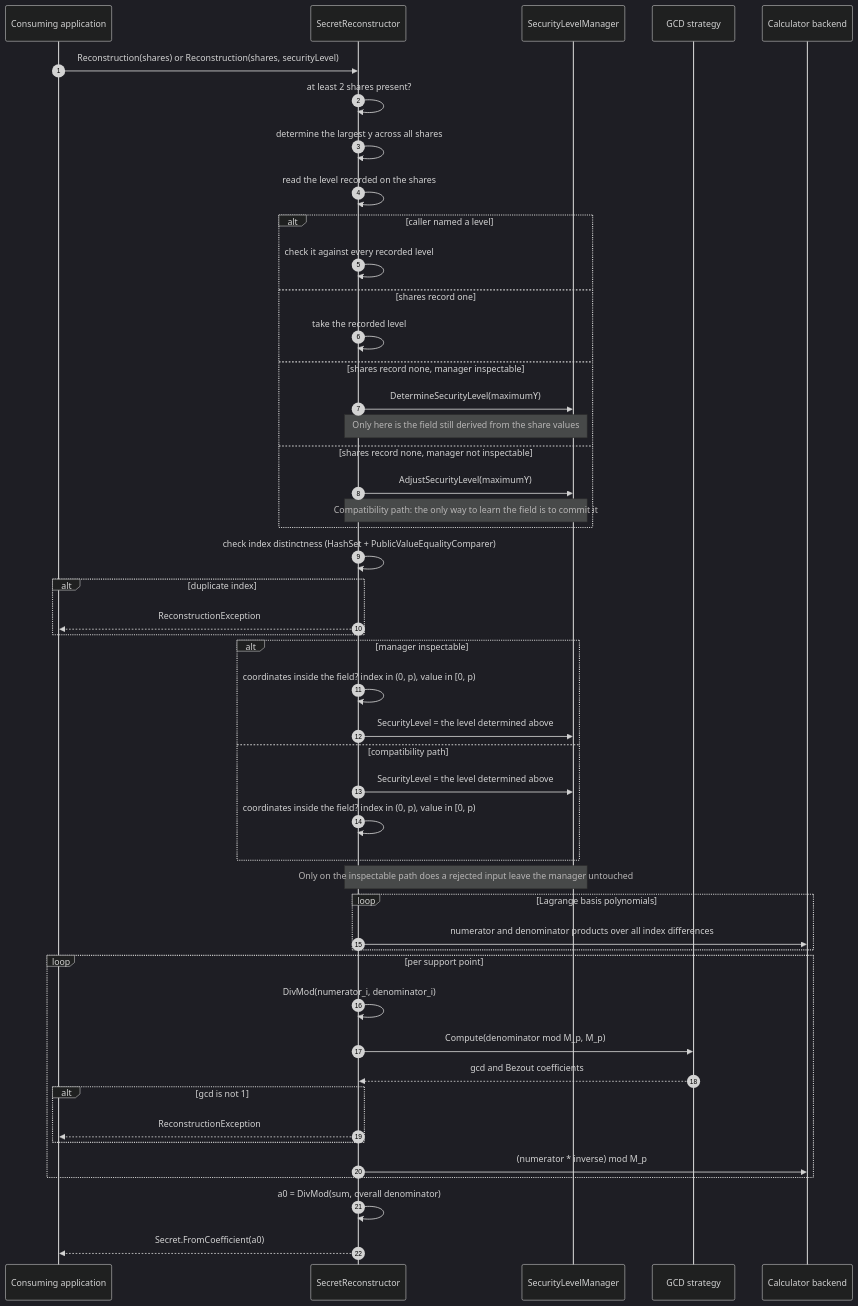
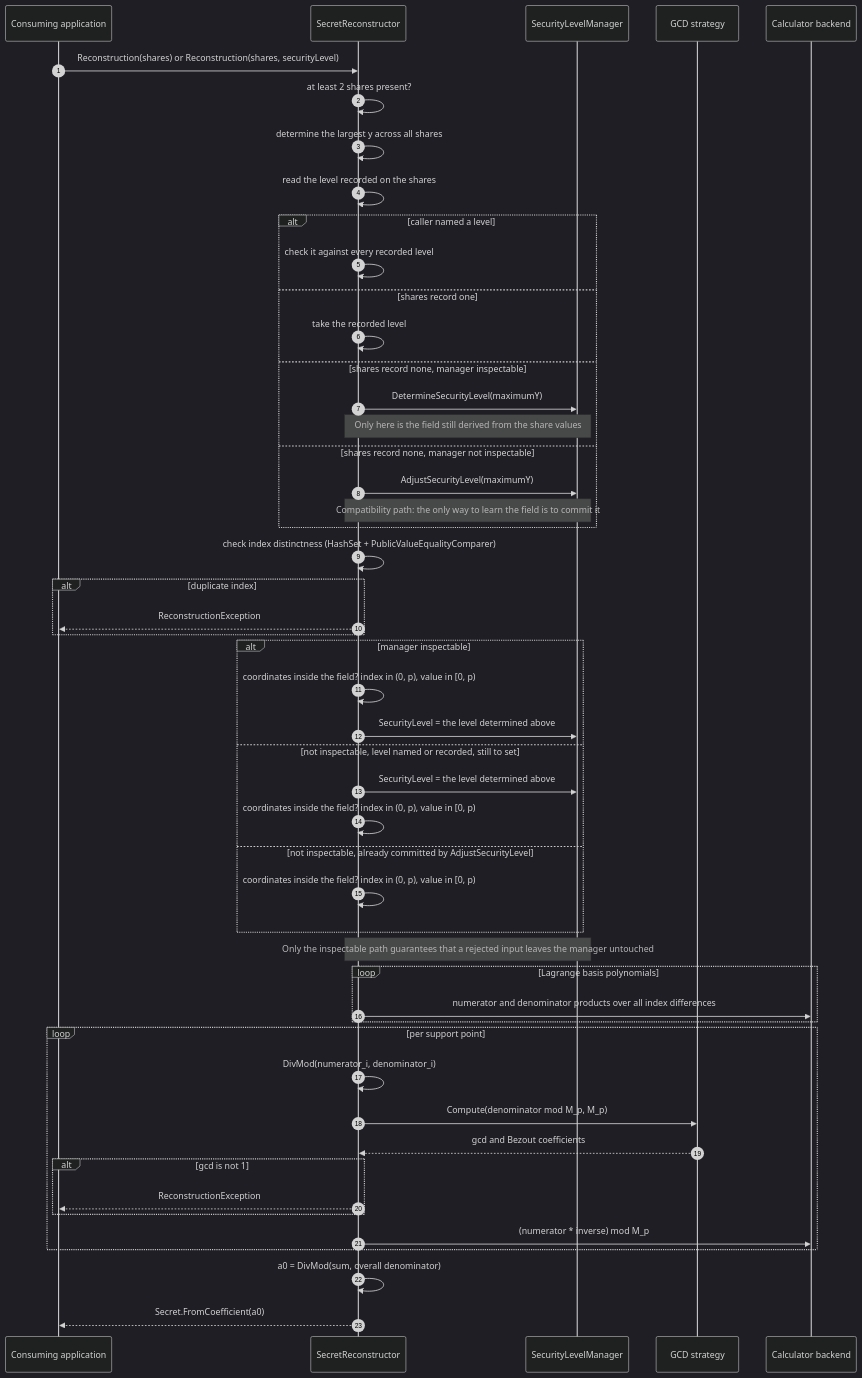
Before and after one commit to shinji-san/SecretSharingDotNet: the seventh of 10 diagrams in docs/architecture/arc42.en.md, drawn with Mermaid (dark theme). The commit also changed other lines of this file and 1 other file, not shown here.

First line of the commit message:
docs: drop a resolved open item and draw the path the code takes

````diff
--- a/docs/architecture/arc42.en.md
+++ b/docs/architecture/arc42.en.md
@@ -651,51 +663,53 @@
 ```mermaid
 sequenceDiagram
     autonumber
     participant App as Consuming application
     participant Rec as SecretReconstructor
     participant SLM as SecurityLevelManager
     participant GCD as GCD strategy
     participant Calc as Calculator backend
 
     App->>Rec: Reconstruction(shares) or Reconstruction(shares, securityLevel)
     Rec->>Rec: at least 2 shares present?
     Rec->>Rec: determine the largest y across all shares
     Rec->>Rec: read the level recorded on the shares
     alt caller named a level
         Rec->>Rec: check it against every recorded level
     else shares record one
         Rec->>Rec: take the recorded level
     else shares record none, manager inspectable
         Rec->>SLM: DetermineSecurityLevel(maximumY)
         Note over Rec,SLM: Only here is the field still derived from the share values
     else shares record none, manager not inspectable
         Rec->>SLM: AdjustSecurityLevel(maximumY)
         Note over Rec,SLM: Compatibility path: the only way to learn the field is to commit it
     end
     Rec->>Rec: check index distinctness (HashSet + PublicValueEqualityComparer)
     alt duplicate index
         Rec-->>App: ReconstructionException
     end
     alt manager inspectable
         Rec->>Rec: coordinates inside the field? index in (0, p), value in [0, p)
         Rec->>SLM: SecurityLevel = the level determined above
-    else compatibility path
+    else not inspectable, level named or recorded, still to set
         Rec->>SLM: SecurityLevel = the level determined above
         Rec->>Rec: coordinates inside the field? index in (0, p), value in [0, p)
+    else not inspectable, already committed by AdjustSecurityLevel
+        Rec->>Rec: coordinates inside the field? index in (0, p), value in [0, p)
     end
-    Note over Rec,SLM: Only on the inspectable path does a rejected input leave the manager untouched
+    Note over Rec,SLM: Only the inspectable path guarantees that a rejected input leaves the manager untouched
     loop Lagrange basis polynomials
         Rec->>Calc: numerator and denominator products over all index differences
     end
     loop per support point
         Rec->>Rec: DivMod(numerator_i, denominator_i)
         Rec->>GCD: Compute(denominator mod M_p, M_p)
         GCD-->>Rec: gcd and Bezout coefficients
         alt gcd is not 1
             Rec-->>App: ReconstructionException
         end
         Rec->>Calc: (numerator * inverse) mod M_p
     end
     Rec->>Rec: a0 = DivMod(sum, overall denominator)
     Rec-->>App: Secret.FromCoefficient(a0)
 ```
````
